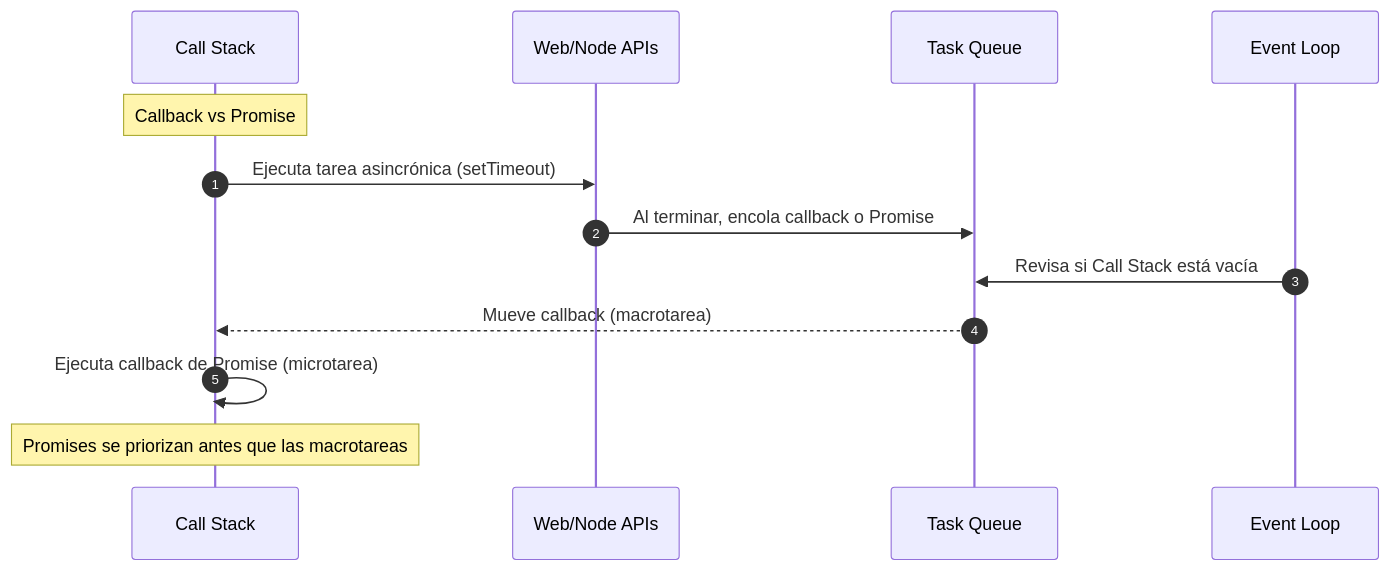
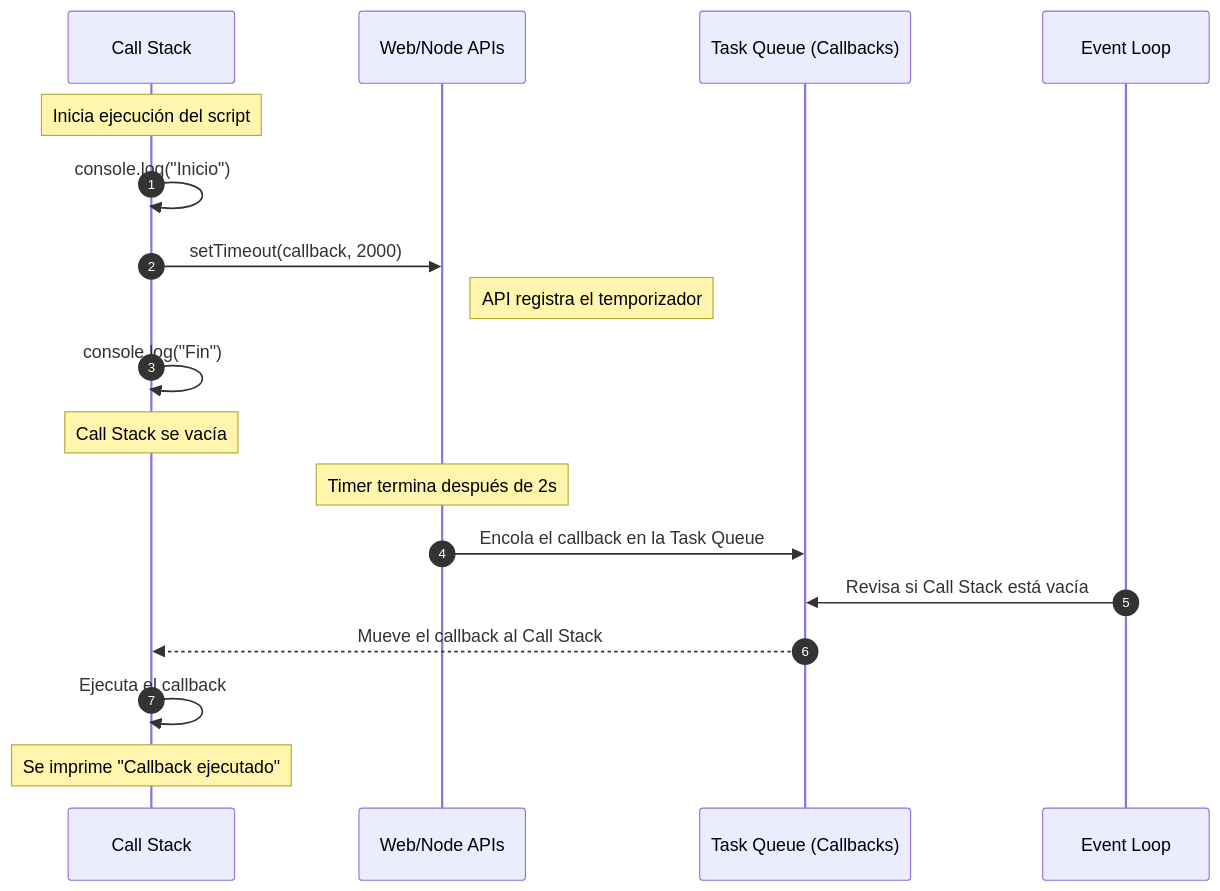
One commit to carlos-paezf/JS_and_TS_In-depth_Elective changed the first of 2 diagrams in docs/02_advanced_javascript/02_callbacks_vs_promises.md. Above: the diagram before and after it, drawn with Mermaid. The commit also changed other lines of this file, not shown here.

````diff
--- a/docs/02_advanced_javascript/02_callbacks_vs_promises.md
+++ b/docs/02_advanced_javascript/02_callbacks_vs_promises.md
@@ -87,17 +48,24 @@
 ```mermaid
 sequenceDiagram
     autonumber
     participant CS as Call Stack
     participant API as Web/Node APIs
-    participant Q as Task Queue
+    participant Q as Task Queue (Callbacks)
     participant EL as Event Loop
 
-    Note over CS: Callback vs Promise
-    CS->>API: Ejecuta tarea asincrónica (setTimeout)
-    API->>Q: Al terminar, encola callback o Promise
+    Note over CS: Inicia ejecución del script
+    CS->>CS: console.log("Inicio")
+    CS->>API: setTimeout(callback, 2000)
+    Note right of API: API registra el temporizador
+
+    CS->>CS: console.log("Fin")
+    Note over CS: Call Stack se vacía
+
+    Note over API: Timer termina después de 2s
+    API->>Q: Encola el callback en la Task Queue
 
     EL->>Q: Revisa si Call Stack está vacía
-    Q-->>CS: Mueve callback (macrotarea)
-    CS->>CS: Ejecuta callback de Promise (microtarea)
-    Note over CS: Promises se priorizan antes que las macrotareas
+    Q-->>CS: Mueve el callback al Call Stack
+    CS->>CS: Ejecuta el callback
+    Note over CS: Se imprime "Callback ejecutado"
 ```
````
